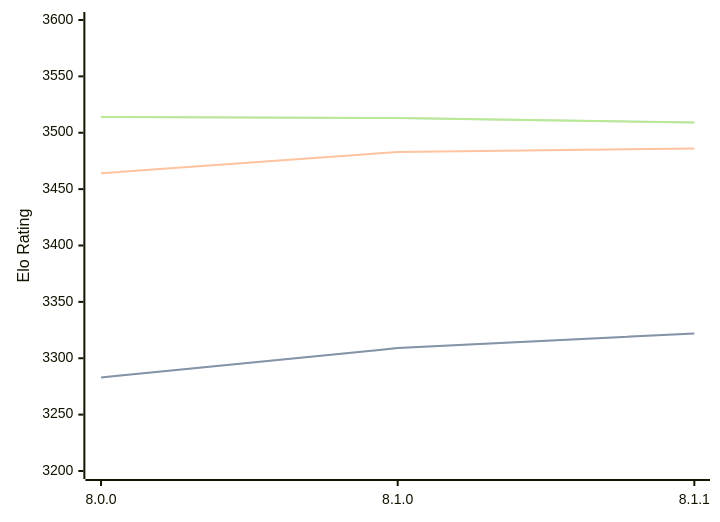
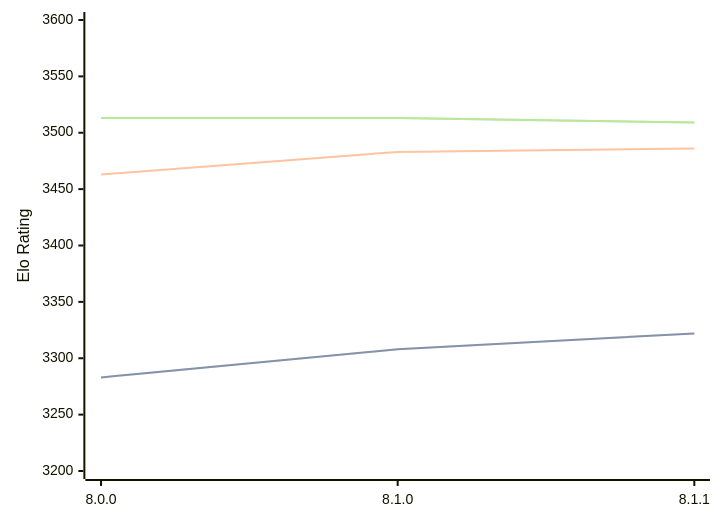
Before and after one commit to computer-chess-index/cci: the diagram in engines/Velvet.md, drawn with Mermaid. The commit also changed other lines of this file, not shown here.

Commit message:
Update CCI Ratings (ELO VLTC) - 2026-03-05

````diff
--- a/engines/Velvet.md
+++ b/engines/Velvet.md
@@ -55,11 +55,11 @@
 ```mermaid
 %%{init: {"theme":"base","themeVariables":{"seriesColors:['#a3a3a3','#222221','#faa371']}}}%%
 xychart-beta
   x-axis ["8.0.0", "8.1.0", "8.1.1"]
   y-axis "Elo Rating" 3200 --> 3600
-  line "STC (8.0+0.08s)" [3283, 3309, 3322]
-  line "STC (8.0+0.08s)" [3283, 3309, 3322]
-  line "LTC (60.0+0.60s)" [3464, 3483, 3486]
-  line "VLTC (2m24s+1.12s)" [3514, 3513, 3509]
-  line "VLTC (2m24s+1.12s)" [3514, 3513, 3509]
+  line "STC (8.0+0.08s)" [3283, 3308, 3322]
+  line "STC (8.0+0.08s)" [3283, 3308, 3322]
+  line "LTC (60.0+0.60s)" [3463, 3483, 3486]
+  line "VLTC (2m24s+1.12s)" [3513, 3513, 3509]
+  line "VLTC (2m24s+1.12s)" [3513, 3513, 3509]
 ```
````
